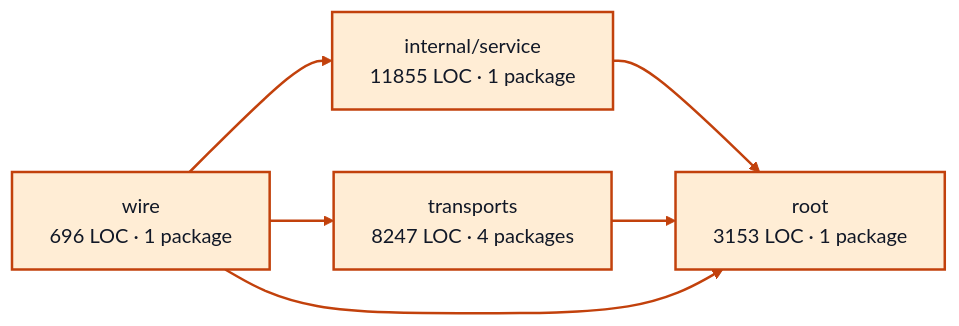
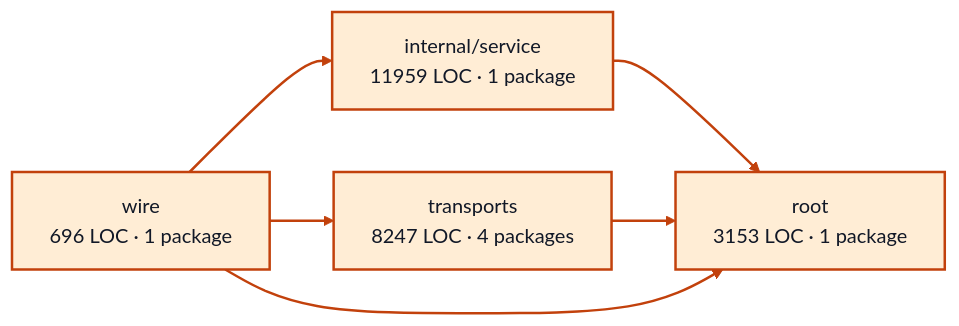
Before and after one commit to portpowered/you-agent-factory: the diagram in docs/architecture/visualizations/services/worker_sessions.md, drawn with Mermaid. The commit also changed other lines of this file and 20 other files, not shown here.

Commit message:
docs: refresh backend architecture visualizations

````diff
--- a/docs/architecture/visualizations/services/worker_sessions.md
+++ b/docs/architecture/visualizations/services/worker_sessions.md
@@ -11,17 +11,17 @@
 ```mermaid
 flowchart LR
-  p0["internal/service<br/>11855 LOC · 1 package"]
+  p0["internal/service<br/>11959 LOC · 1 package"]
   p1["root<br/>3153 LOC · 1 package"]
   p2["transports<br/>8247 LOC · 4 packages"]
   p3["wire<br/>696 LOC · 1 package"]
   p0 --> p1
   p2 --> p1
   p3 --> p0
   p3 --> p1
   p3 --> p2
   style p0 fill:#ffedd5,stroke:#c2410c,stroke-width:2px,color:#111827
   style p1 fill:#ffedd5,stroke:#c2410c,stroke-width:2px,color:#111827
   style p2 fill:#ffedd5,stroke:#c2410c,stroke-width:2px,color:#111827
   style p3 fill:#ffedd5,stroke:#c2410c,stroke-width:2px,color:#111827
   linkStyle default stroke:#c2410c,stroke-width:2px
 ```
````
